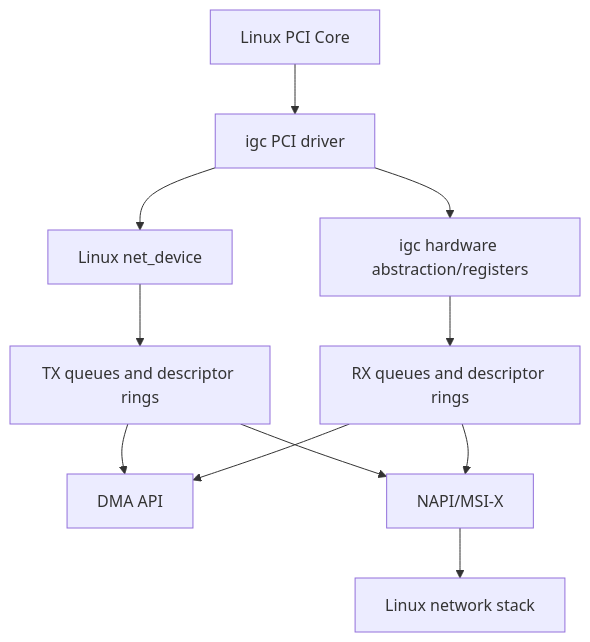
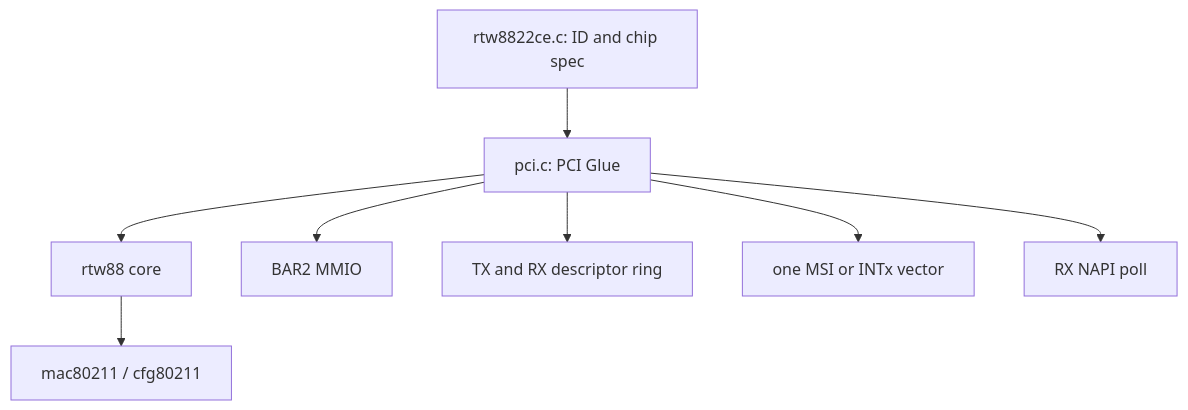
Before and after one commit to cdragon-ljl/EEandEdgeAI: the first of 5 diagrams in docs/articles/pcie/pci-14-network-driver-ring-napi-msix.md, drawn with Mermaid. The commit also changed other lines of this file and 4 other files, not shown here.

````diff
--- a/docs/articles/pcie/pci-14-network-driver-ring-napi-msix.md
+++ b/docs/articles/pcie/pci-14-network-driver-ring-napi-msix.md
@@ -48,13 +21,10 @@
 ```mermaid
 flowchart TD
-    PCI[Linux PCI Core] --> IGC[igc PCI driver]
-    IGC --> HW[igc hardware abstraction/registers]
-    IGC --> NET[Linux net_device]
-    NET --> TX[TX queues and descriptor rings]
-    HW --> RX[RX queues and descriptor rings]
-    TX --> DMA[DMA API]
-    RX --> DMA
-    TX --> NAPI[NAPI/MSI-X]
-    RX --> NAPI
-    NAPI --> STACK[Linux network stack]
+    CHIP[rtw8822ce.c: ID and chip spec] --> PCI[pci.c: PCI Glue]
+    PCI --> CORE[rtw88 core]
+    CORE --> MAC[mac80211 / cfg80211]
+    PCI --> BAR[BAR2 MMIO]
+    PCI --> RING[TX and RX descriptor ring]
+    PCI --> IRQ[one MSI or INTx vector]
+    PCI --> NAPI[RX NAPI poll]
 ```
````
